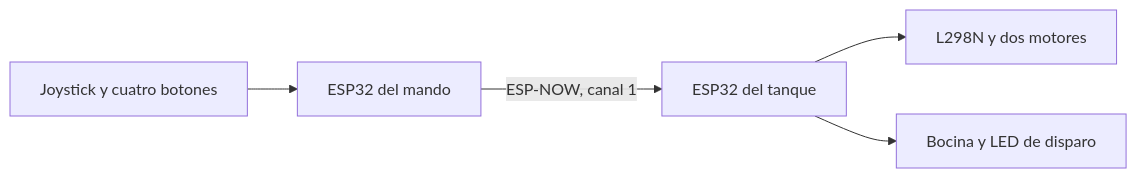
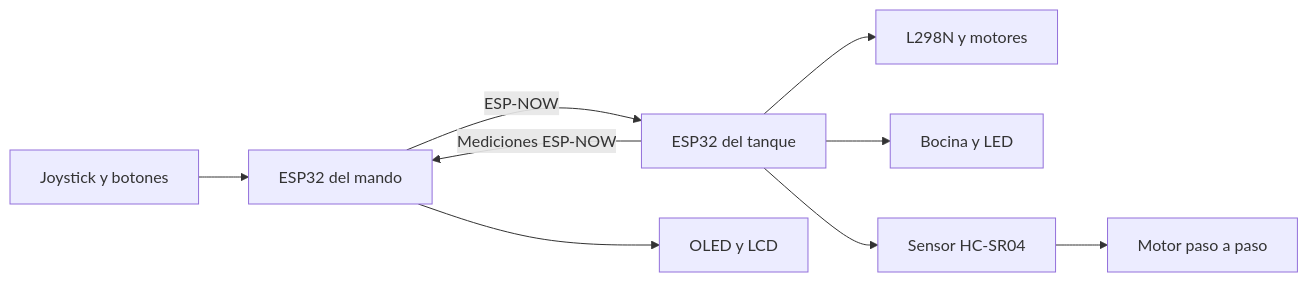
The diagram in README.md (JuanerArg/TL1ESP32_UNSAM), drawn with Mermaid before and after one commit. The commit also changed other lines of this file and 1 other file, not shown here.

````diff
--- a/README.md
+++ b/README.md
@@ -79,7 +123,11 @@
 ```mermaid
 flowchart LR
-    A[Joystick y cuatro botones] --> B[ESP32 del mando]
-    B -->|ESP-NOW, canal 1| C[ESP32 del tanque]
-    C --> D[L298N y dos motores]
-    C --> E[Bocina y LED de disparo]
+    A[Joystick y botones] --> B[ESP32 del mando]
+    B -->|ESP-NOW| C[ESP32 del tanque]
+    C --> D[L298N y motores]
+    C --> E[Bocina y LED]
+    C --> F[Sensor HC-SR04]
+    F --> G[Motor paso a paso]
+    C -->|Mediciones ESP-NOW| B
+    B --> H[OLED y LCD]
 ```
````
